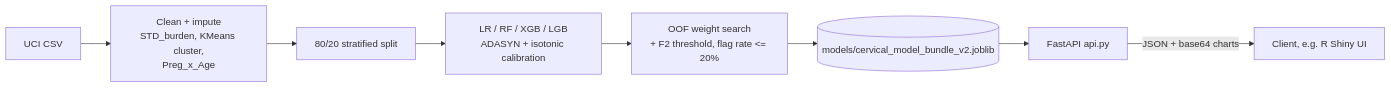
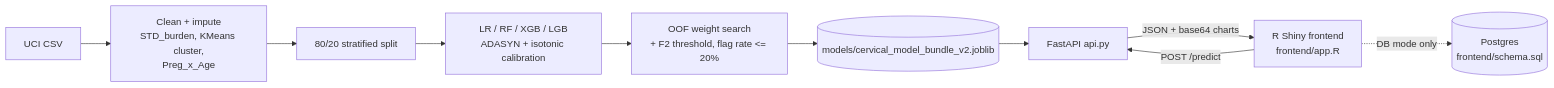
The diagram in README.md (DevSoVague/cxrisk-cervical-dss), drawn with Mermaid before and after one commit. The commit also changed other lines of this file and 9 other files, not shown here.

First line of the commit message:
Ship trained bundle, Shiny frontend with demo mode, DB schema and workflow doc

````diff
--- a/README.md
+++ b/README.md
@@ -19,10 +20,12 @@
 ```mermaid
 flowchart LR
     A[UCI CSV] --> B[Clean + impute<br/>STD_burden, KMeans cluster,<br/>Preg_x_Age]
     B --> C[80/20 stratified split]
     C --> D[LR / RF / XGB / LGB<br/>ADASYN + isotonic calibration]
     D --> E[OOF weight search<br/>+ F2 threshold, flag rate <= 20%]
     E --> F[(models/cervical_model_bundle_v2.joblib)]
     F --> G[FastAPI api.py]
-    G -->|JSON + base64 charts| H[Client, e.g. R Shiny UI]
+    H[R Shiny frontend<br/>frontend/app.R] -->|POST /predict| G
+    G -->|JSON + base64 charts| H
+    H -.->|DB mode only| I[(Postgres<br/>frontend/schema.sql)]
 ```
````
